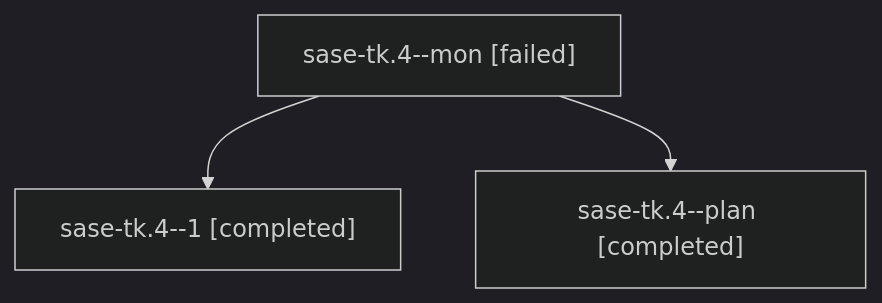
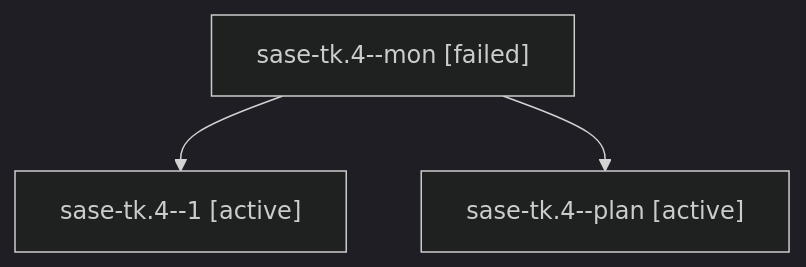
One commit to sase-org/sase--agents changed the diagram in families/bbugyi200.athena.sase-tk.4.md. Above: the diagram before and after it, drawn with Mermaid (dark theme). The commit also changed other lines of this file and 35830 other files, not shown here.

````diff
--- a/families/bbugyi200.athena.sase-tk.4.md
+++ b/families/bbugyi200.athena.sase-tk.4.md
@@ -9,8 +9,8 @@
 ```mermaid
 flowchart TD
   n0["sase-tk.4--mon [failed]"]
-  n1["sase-tk.4--1 [completed]"]
+  n1["sase-tk.4--1 [active]"]
   n0 --> n1
-  n2["sase-tk.4--plan [completed]"]
+  n2["sase-tk.4--plan [active]"]
   n0 --> n2
 ```
````
